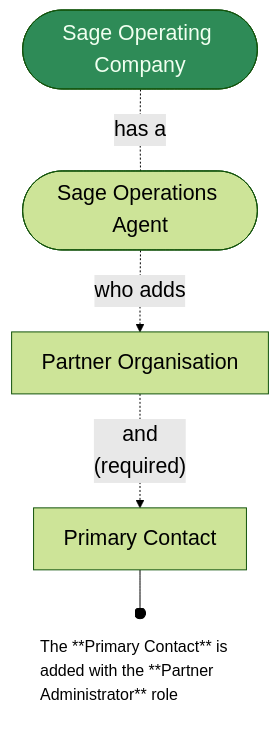
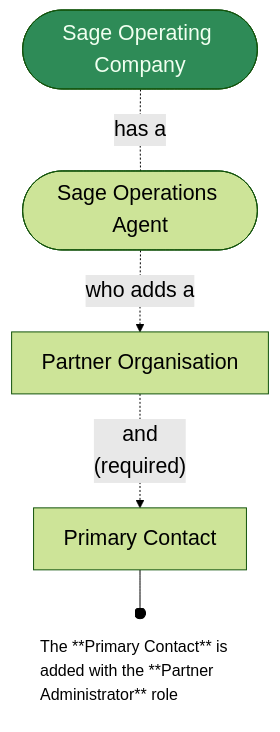
Before and after one commit to joe-dorward/samples: the diagram in 2025_Sage/01_Scenario - Partner organisation.mdx, drawn with Mermaid.

Commit message:
Update 01_Scenario - Partner organisation.mdx

````diff
--- a/2025_Sage/01_Scenario - Partner organisation.mdx
+++ b/2025_Sage/01_Scenario - Partner organisation.mdx
@@ -2,23 +2,23 @@
 ```mermaid
 %%{
   init: {
     'theme': 'forest',
     'themeVariables': {
       'fontSize':'16pt'
     }
   }
 }%%
 flowchart TD
  %%classDef Note fill:pink, stroke:white, text-align:left, font-size:12pt, width:400px, margin:0px, padding:10px;
  classDef Sage fill:seagreen, color:honeydew;
  classDef Note fill:white, stroke:white, text-align:left, font-size:12pt;
 
   SAGE_OPERATING_COMPANY_01([Sage Operating Company])-.has a.-
-  SAGE_OPERATIONS_AGENT_01([Sage Operations Agent])-.who adds.->
+  SAGE_OPERATIONS_AGENT_01([Sage Operations Agent])-.who adds a.->
   PARTNER_ORGANISATION_01[Partner Organisation]-.and<br/>(required).->
   PRIMARY_CONTACT_01[Primary Contact]--o
   PRIMARY_CONTACT_01_NOTE[The **Primary Contact** is added with the **Partner Administrator** role]
 
   class SAGE_OPERATING_COMPANY_01 Sage
   class PRIMARY_CONTACT_01_NOTE Note
 ```
````
